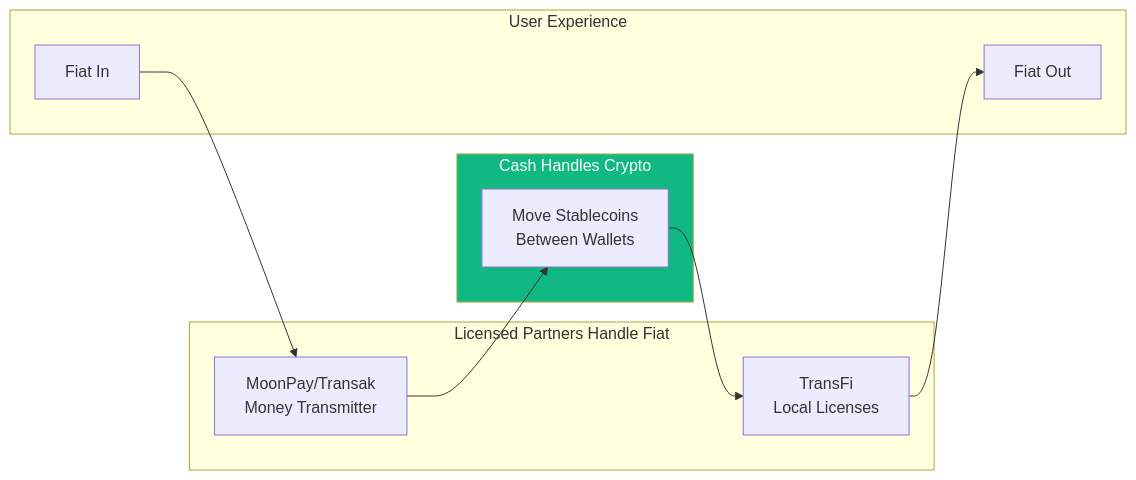
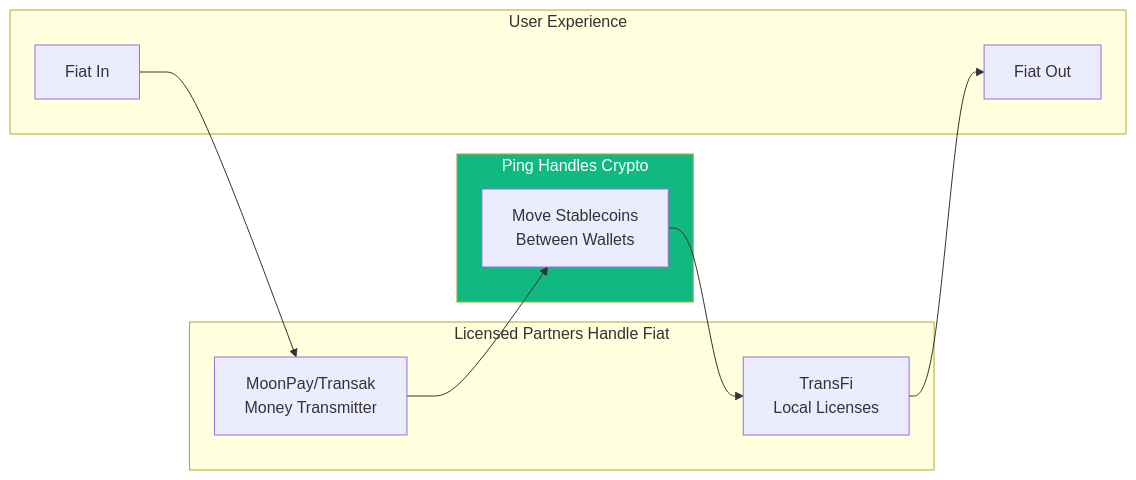
Before and after one commit to ping-cash/ping-cash: the eighth of 12 diagrams in README.md, drawn with Mermaid. The commit also changed other lines of this file and 38 other files, not shown here.

First line of the commit message:
chore: rebrand Cash → Ping; migrate to ping-cash/ping-cash

````diff
--- a/README.md
+++ b/README.md
@@ -347,20 +347,20 @@
 ```mermaid
 flowchart LR
     subgraph Licensed["Licensed Partners Handle Fiat"]
         OnRamp[MoonPay/Transak<br/>Money Transmitter]
         OffRamp[TransFi<br/>Local Licenses]
     end
 
-    subgraph Cash["Cash Handles Crypto"]
+    subgraph Ping["Ping Handles Crypto"]
         Move[Move Stablecoins<br/>Between Wallets]
     end
 
     subgraph User["User Experience"]
         In[Fiat In] --> OnRamp
         OnRamp --> Move
         Move --> OffRamp
         OffRamp --> Out[Fiat Out]
     end
 
-    style Cash fill:#10b981,color:#fff
+    style Ping fill:#10b981,color:#fff
 ```
````
